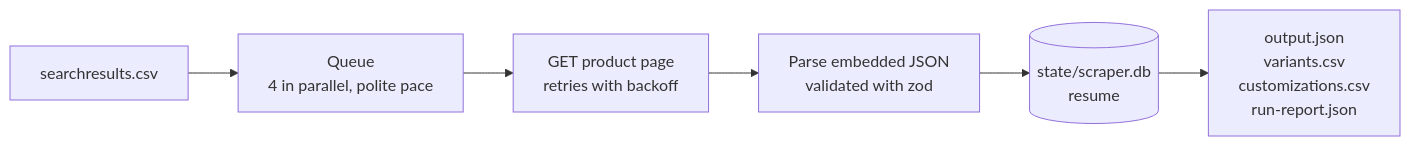
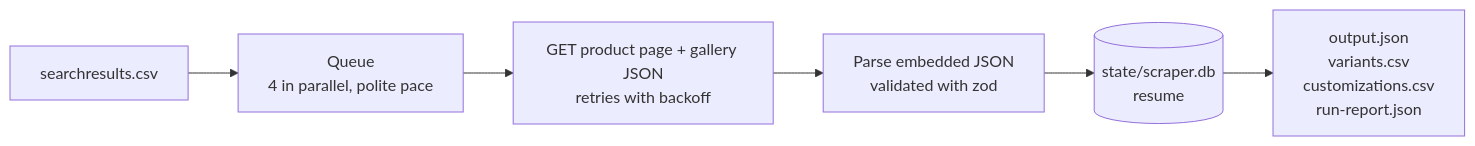
One commit to RLFreddy/retail-acquisition-engine changed the diagram in README.md. Above: the diagram before and after it, drawn with Mermaid. The commit also changed other lines of this file and 5 other files, not shown here.

````diff
--- a/README.md
+++ b/README.md
@@ -42,8 +49,8 @@
 ```mermaid
 flowchart LR
     A["searchresults.csv"] --> B["Queue<br/>4 in parallel, polite pace"]
-    B --> C["GET product page<br/>retries with backoff"]
+    B --> C["GET product page + gallery JSON<br/>retries with backoff"]
     C --> D["Parse embedded JSON<br/>validated with zod"]
     D --> E[("state/scraper.db<br/>resume")]
     E --> F["output.json<br/>variants.csv<br/>customizations.csv<br/>run-report.json"]
 ```
````
